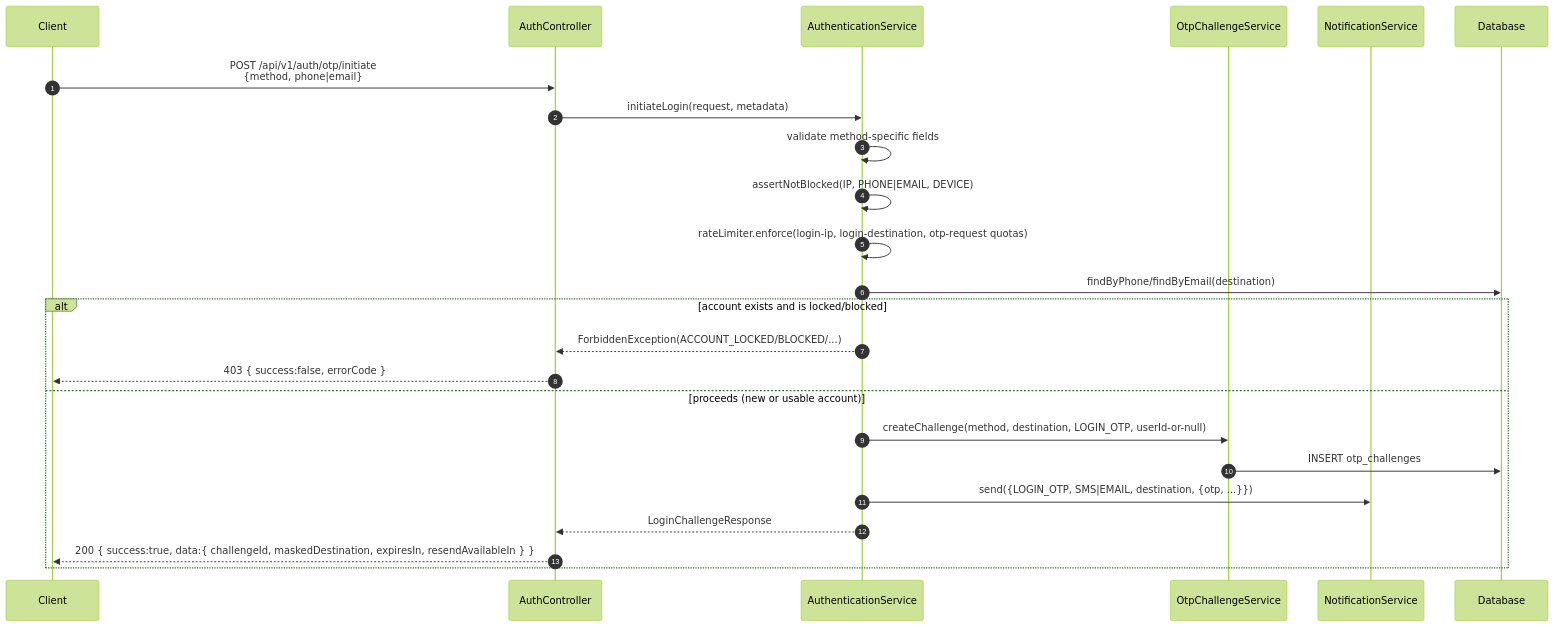
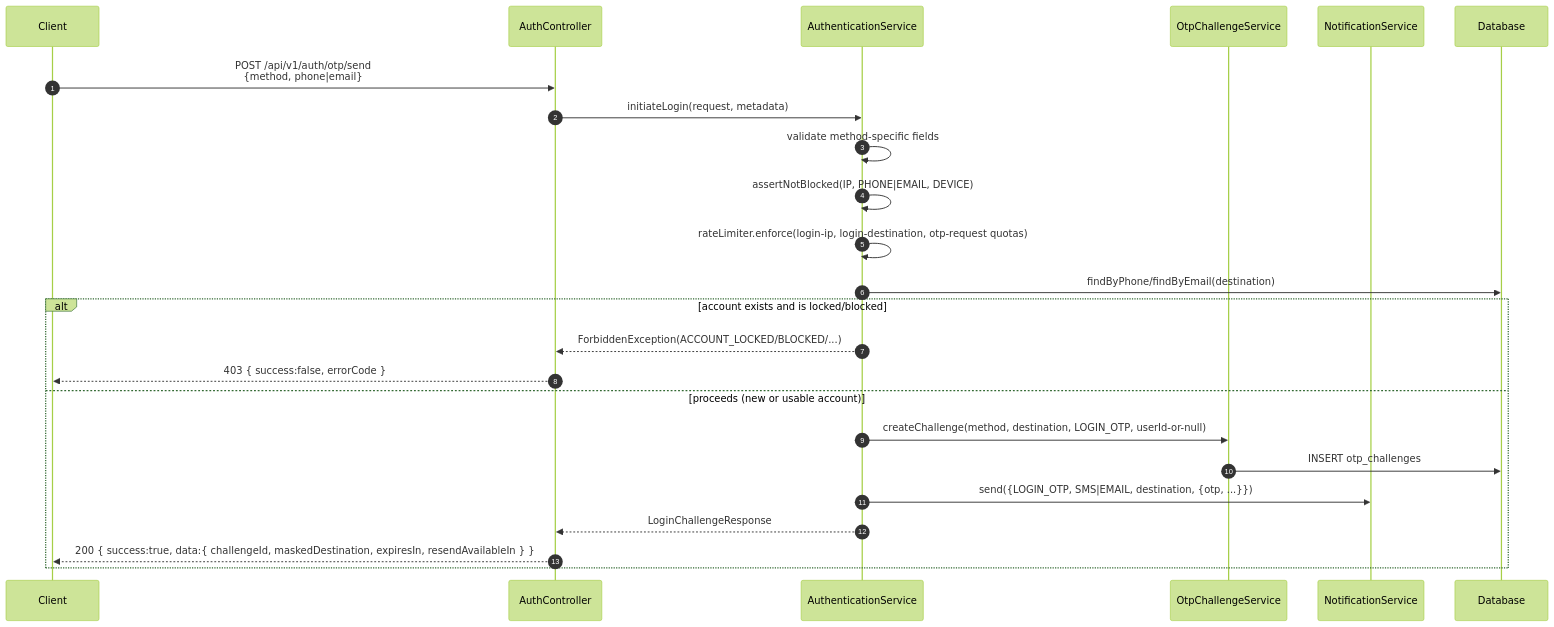
Before and after one commit to arpangroup/pureeats-backend-2026: the third of 7 diagrams in pureeats-user-service/README.md, drawn with Mermaid (forest theme). The commit also changed other lines of this file and 30 other files, not shown here.

````diff
--- a/pureeats-user-service/README.md
+++ b/pureeats-user-service/README.md
@@ -161,27 +169,27 @@
 ```mermaid
 sequenceDiagram
     autonumber
     participant C as Client
     participant Ctrl as AuthController
     participant Auth as AuthenticationService
     participant Otp as OtpChallengeService
     participant Notif as NotificationService
     participant DB as Database
 
-    C->>Ctrl: POST /api/v1/auth/otp/initiate<br/>{method, phone|email}
+    C->>Ctrl: POST /api/v1/auth/otp/send<br/>{method, phone|email}
     Ctrl->>Auth: initiateLogin(request, metadata)
     Auth->>Auth: validate method-specific fields
     Auth->>Auth: assertNotBlocked(IP, PHONE|EMAIL, DEVICE)
     Auth->>Auth: rateLimiter.enforce(login-ip, login-destination, otp-request quotas)
     Auth->>DB: findByPhone/findByEmail(destination)
     alt account exists and is locked/blocked
         Auth-->>Ctrl: ForbiddenException(ACCOUNT_LOCKED/BLOCKED/...)
         Ctrl-->>C: 403 { success:false, errorCode }
     else proceeds (new or usable account)
         Auth->>Otp: createChallenge(method, destination, LOGIN_OTP, userId-or-null)
         Otp->>DB: INSERT otp_challenges
         Auth->>Notif: send({LOGIN_OTP, SMS|EMAIL, destination, {otp, ...}})
         Auth-->>Ctrl: LoginChallengeResponse
         Ctrl-->>C: 200 { success:true, data:{ challengeId, maskedDestination, expiresIn, resendAvailableIn } }
     end
 ```
````
